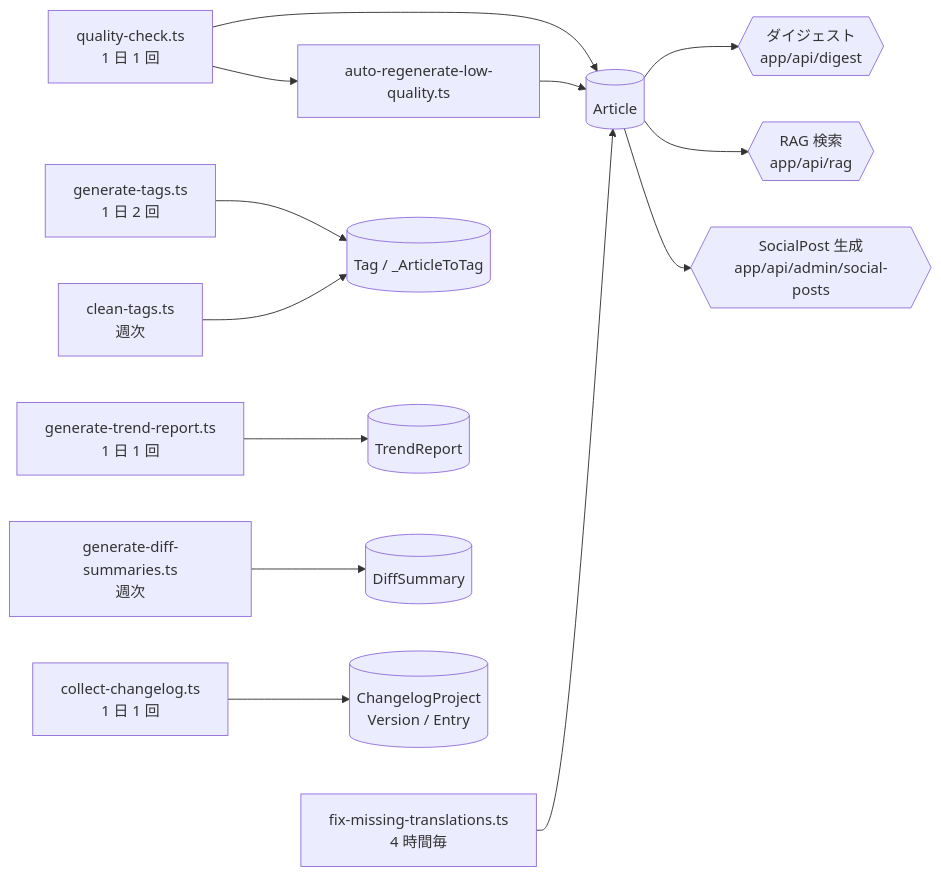
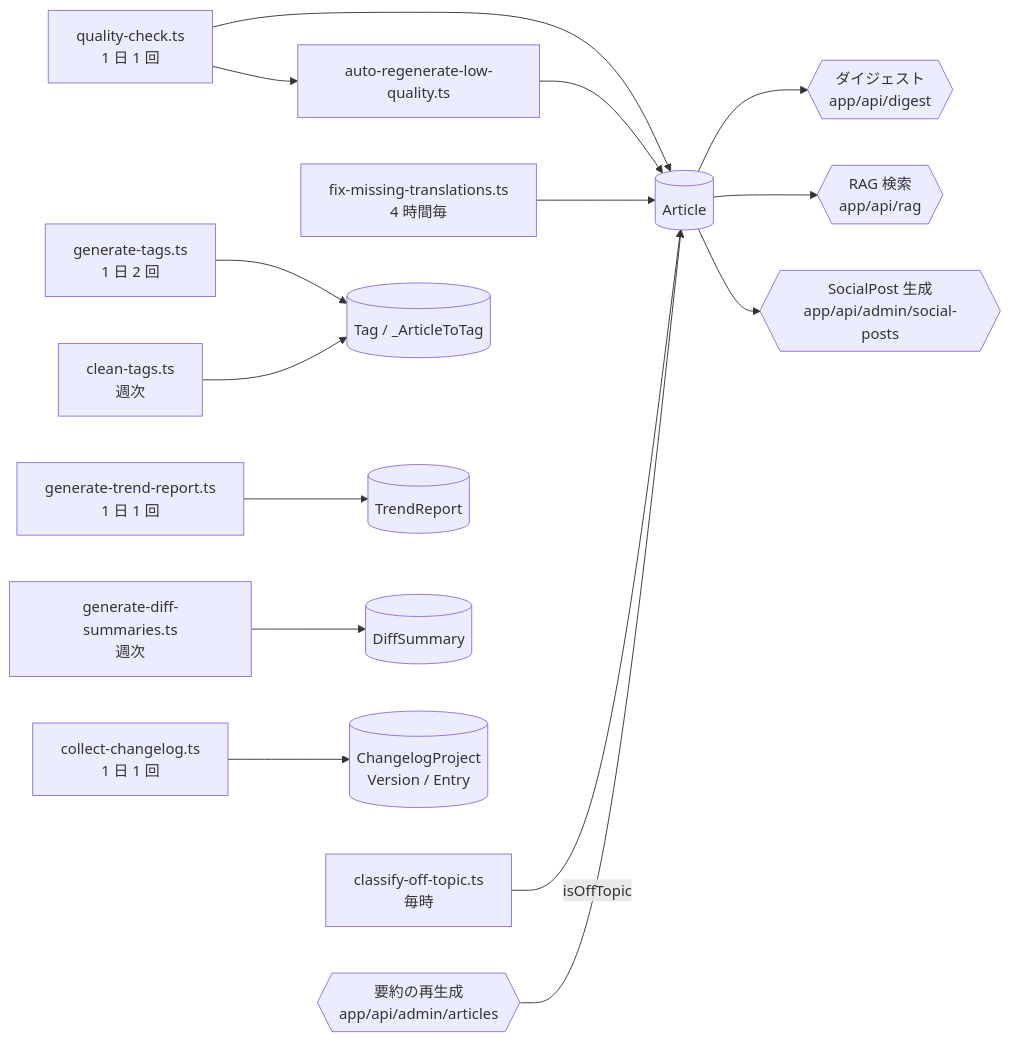
Before and after one commit to pawafulu7/techtrend: the second of 2 diagrams in docs/architecture/02-batch-pipeline.md, drawn with Mermaid. The commit also changed other lines of this file and 223 other files, not shown here.

````diff
--- a/docs/architecture/02-batch-pipeline.md
+++ b/docs/architecture/02-batch-pipeline.md
@@ -50,36 +53,40 @@
 ```mermaid
 flowchart LR
     ArticleDB[("Article")]
 
     GenerateTags["generate-tags.ts<br/>1 日 2 回"]
     QualityCheck["quality-check.ts<br/>1 日 1 回"]
     AutoRegen["auto-regenerate-low-quality.ts"]
     FixTranslations["fix-missing-translations.ts<br/>4 時間毎"]
     TrendReport["generate-trend-report.ts<br/>1 日 1 回"]
     DiffSummary["generate-diff-summaries.ts<br/>週次"]
     Changelog["collect-changelog.ts<br/>1 日 1 回"]
     CleanTags["clean-tags.ts<br/>週次"]
+    OffTopic["classify-off-topic.ts<br/>毎時"]
 
     TagDB[("Tag / _ArticleToTag")]
     TrendReportDB[("TrendReport")]
     DiffSummaryDB[("DiffSummary")]
     ChangelogDB[("ChangelogProject<br/>Version / Entry")]
 
     Digest{{"ダイジェスト<br/>app/api/digest"}}
     Rag{{"RAG 検索<br/>app/api/rag"}}
     SocialPost{{"SocialPost 生成<br/>app/api/admin/social-posts"}}
+    Regenerate{{"要約の再生成<br/>app/api/admin/articles"}}
 
     GenerateTags --> TagDB
     CleanTags --> TagDB
     QualityCheck --> ArticleDB
     QualityCheck --> AutoRegen
     AutoRegen --> ArticleDB
     FixTranslations --> ArticleDB
     TrendReport --> TrendReportDB
     DiffSummary --> DiffSummaryDB
     Changelog --> ChangelogDB
+    OffTopic -->|"isOffTopic"| ArticleDB
+    Regenerate --> ArticleDB
 
     ArticleDB --> Digest
     ArticleDB --> Rag
     ArticleDB --> SocialPost
 ```
````
